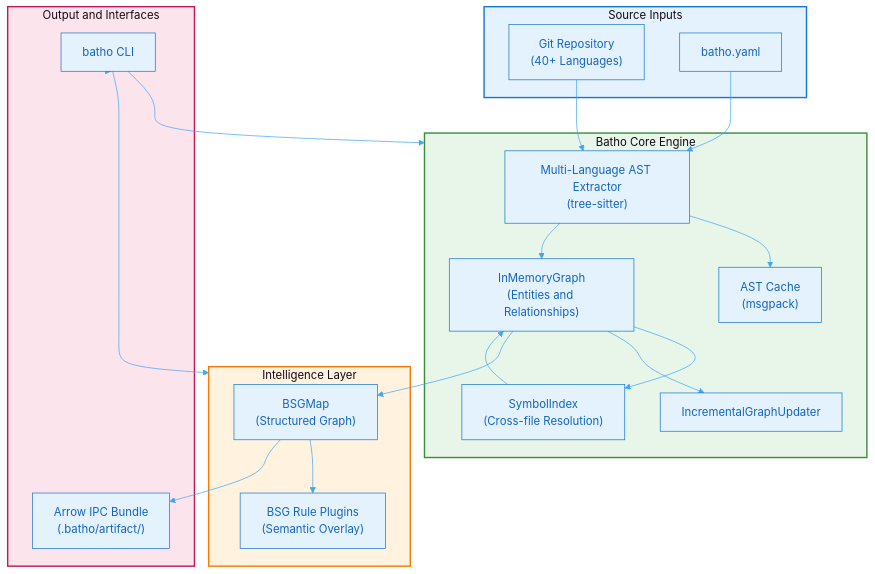
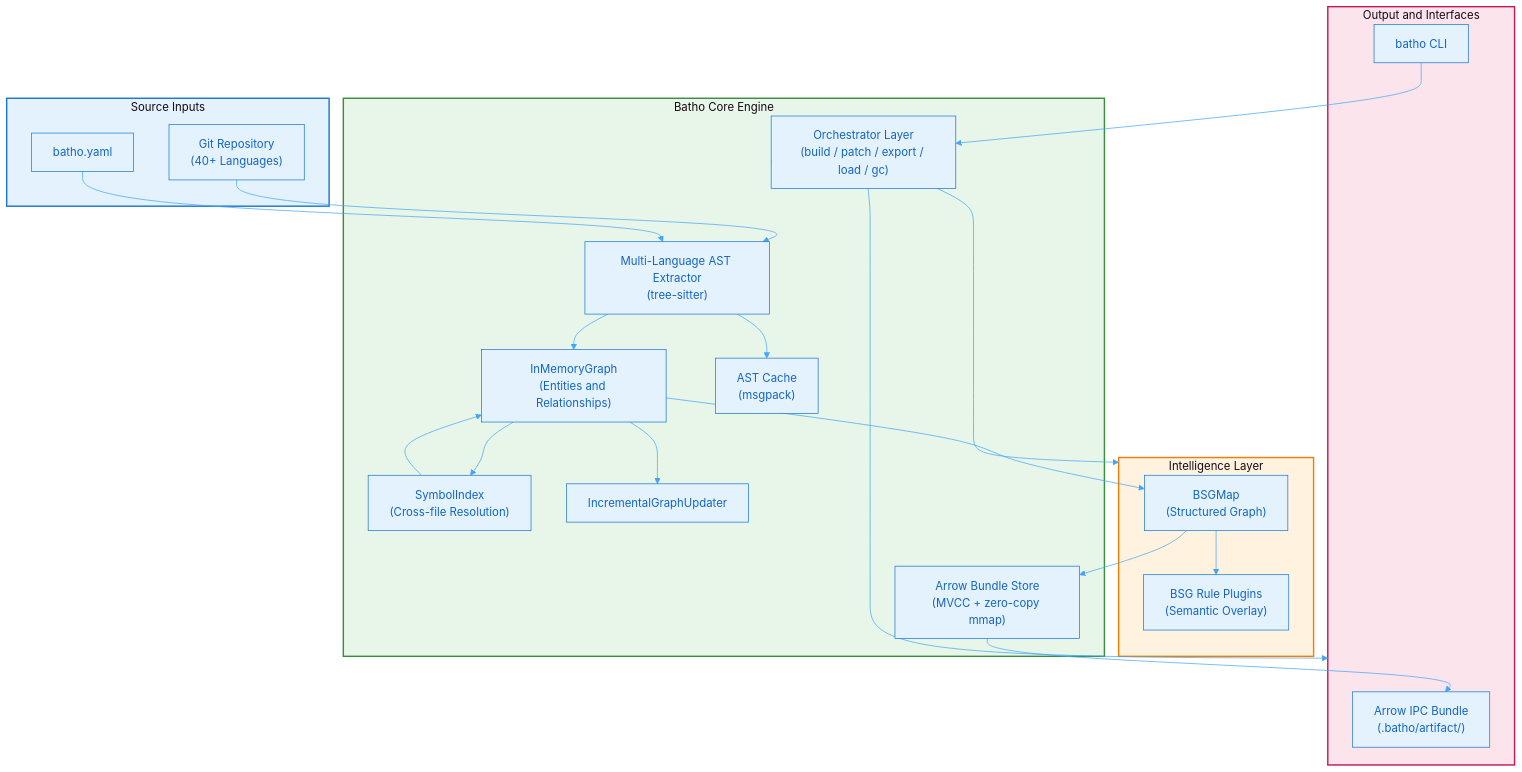
The first of 2 diagrams in docs-site/docs/whitepaper/architecture.md (sageoz/Batho), drawn with Mermaid before and after one commit. The commit also changed other lines of this file and 16 other files, not shown here.

Commit message:
chore: update whitepaper section numbering, add orchestrator layer to architecture docs, expand BSG plugin catalog

````diff
--- a/docs-site/docs/whitepaper/architecture.md
+++ b/docs-site/docs/whitepaper/architecture.md
@@ -13,45 +13,49 @@
 ```mermaid
 %%{init: {'theme': 'base', 'themeVariables': { 'primaryColor': '#e3f2fd', 'primaryTextColor': '#1565c0', 'primaryBorderColor': '#1976d2', 'lineColor': '#42a5f5', 'secondaryColor': '#f3e5f5', 'tertiaryColor': '#e8f5e9'}}}%%
 flowchart TB
     subgraph Sources["Source Inputs"]
         Repo["Git Repository<br/>(40+ Languages)"]
         Config["batho.yaml"]
     end
 
     subgraph Core["Batho Core Engine"]
+        Orchestrator["Orchestrator Layer<br/>(build / patch / export / load / gc)"]
         Extractor["Multi-Language AST Extractor<br/>(tree-sitter)"]
         Graph["InMemoryGraph<br/>(Entities and Relationships)"]
         Cache["AST Cache<br/>(msgpack)"]
         SymbolIndex["SymbolIndex<br/>(Cross-file Resolution)"]
         Incremental["IncrementalGraphUpdater"]
+        Storage["Arrow Bundle Store<br/>(MVCC + zero-copy mmap)"]
     end
 
     subgraph Intelligence["Intelligence Layer"]
         BSG["BSGMap<br/>(Structured Graph)"]
         Rules["BSG Rule Plugins<br/>(Semantic Overlay)"]
     end
 
     subgraph Output["Output and Interfaces"]
         Bundle["Arrow IPC Bundle<br/>(.batho/artifact/)"]
         CLI["batho CLI"]
     end
 
     Repo --> Extractor
     Config --> Extractor
     Extractor --> Cache
     Extractor --> Graph
     Graph --> SymbolIndex
     SymbolIndex --> Graph
     Graph --> Incremental
     Graph --> BSG
     BSG --> Rules
-    BSG --> Bundle
-    CLI --> Core
-    CLI --> Intelligence
-    CLI --> Output
+    BSG --> Storage
+    Storage --> Bundle
+    CLI --> Orchestrator
+    Orchestrator --> Core
+    Orchestrator --> Intelligence
+    Orchestrator --> Output
 
     style Sources fill:#e3f2fd,stroke:#1976d2,stroke-width:2px
     style Core fill:#e8f5e9,stroke:#388e3c,stroke-width:2px
     style Intelligence fill:#fff3e0,stroke:#f57c00,stroke-width:2px
     style Output fill:#fce4ec,stroke:#c2185b,stroke-width:2px
 ```
````
